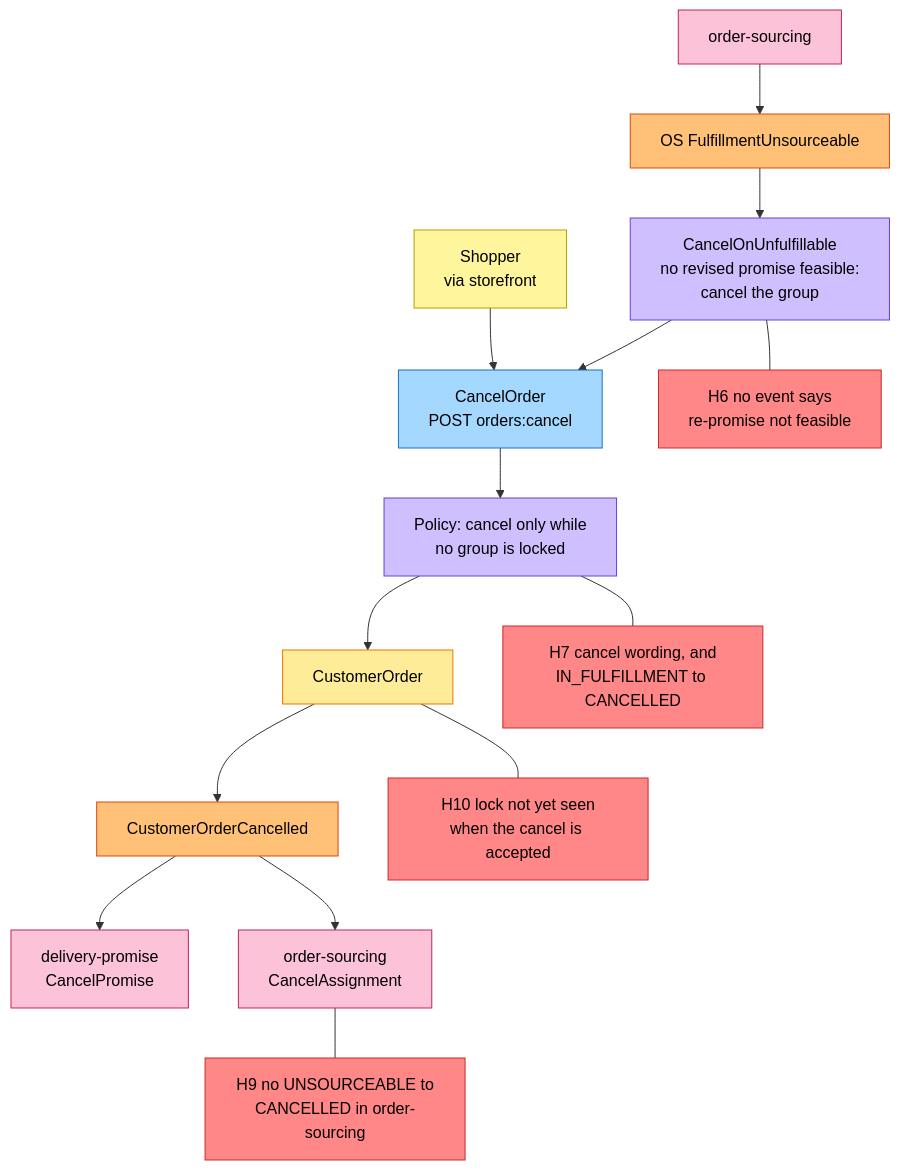
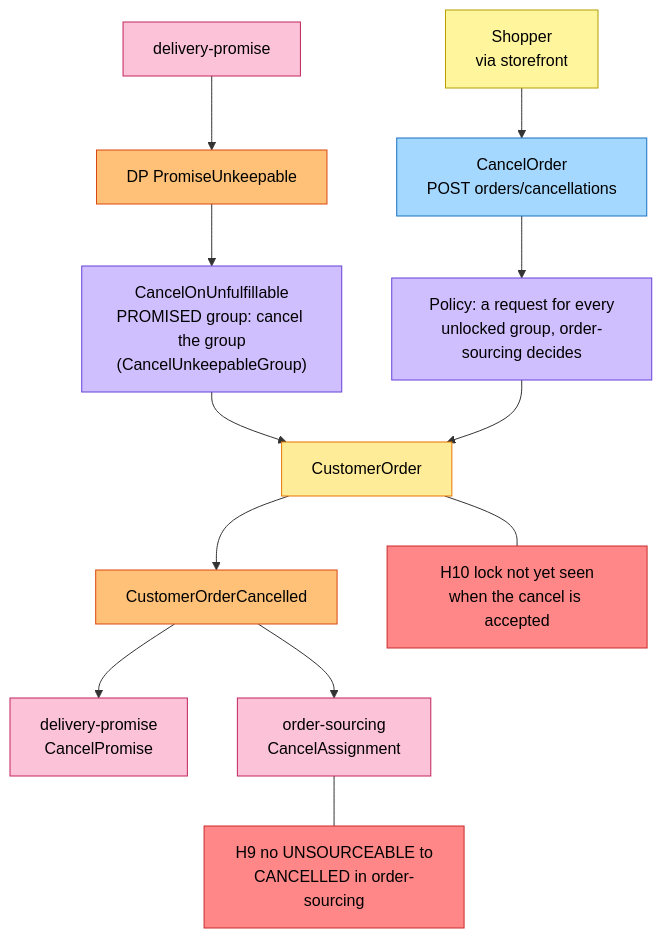
The fourth of 4 diagrams in network/docs/contexts/customer-ordering/eventstorming.md (IQVO/warehouse-docs), drawn with Mermaid before and after one commit. The commit also changed other lines of this file and 11 other files, not shown here.

Commit message:
docs(network): customer-ordering pack and model follow the repo (A9 shopper check, derived status, cancel request, slugs, PromiseUnkeepable)

````diff
--- a/network/docs/contexts/customer-ordering/eventstorming.md
+++ b/network/docs/contexts/customer-ordering/eventstorming.md
@@ -162,37 +162,32 @@
 ```mermaid
 flowchart TB
     SH["Shopper<br/>via storefront"]:::actor
-    OS["order-sourcing"]:::external
-    C1["CancelOrder<br/>POST orders:cancel"]:::command
-    E0["OS FulfillmentUnsourceable"]:::event
-    P1["CancelOnUnfulfillable<br/>no revised promise feasible:<br/>cancel the group"]:::policy
-    P2["Policy: cancel only while<br/>no group is locked"]:::policy
+    C1["CancelOrder<br/>POST orders/cancellations"]:::command
+    E0["DP PromiseUnkeepable"]:::event
+    P1["CancelOnUnfulfillable<br/>PROMISED group: cancel the group<br/>(CancelUnkeepableGroup)"]:::policy
+    P2["Policy: a request for every<br/>unlocked group, order-sourcing decides"]:::policy
     G1["CustomerOrder"]:::aggregate
     E1["CustomerOrderCancelled"]:::event
     DP["delivery-promise<br/>CancelPromise"]:::external
     OS2["order-sourcing<br/>CancelAssignment"]:::external
-    H6["H6 no event says<br/>re-promise not feasible"]:::hotspot
-    H7["H7 cancel wording, and<br/>IN_FULFILLMENT to CANCELLED"]:::hotspot
     H9["H9 no UNSOURCEABLE to<br/>CANCELLED in order-sourcing"]:::hotspot
     H10["H10 lock not yet seen<br/>when the cancel is accepted"]:::hotspot
 
     SH --> C1
-    OS --> E0 --> P1
-    P1 --> C1
+    DP0["delivery-promise"]:::external --> E0 --> P1
+    P1 --> G1
     C1 --> P2 --> G1
     G1 --> E1
     E1 --> DP
     E1 --> OS2
-    P1 --- H6
-    P2 --- H7
     OS2 --- H9
     G1 --- H10
 
     classDef actor fill:#fff59d,stroke:#b59f00,color:#000
     classDef command fill:#a5d8ff,stroke:#1971c2,color:#000
     classDef aggregate fill:#ffec99,stroke:#e67700,color:#000
     classDef event fill:#ffc078,stroke:#d9480f,color:#000
     classDef policy fill:#d0bfff,stroke:#6741d9,color:#000
     classDef external fill:#fcc2d7,stroke:#c2255c,color:#000
     classDef hotspot fill:#ff8787,stroke:#c92a2a,color:#000
 ```
````
